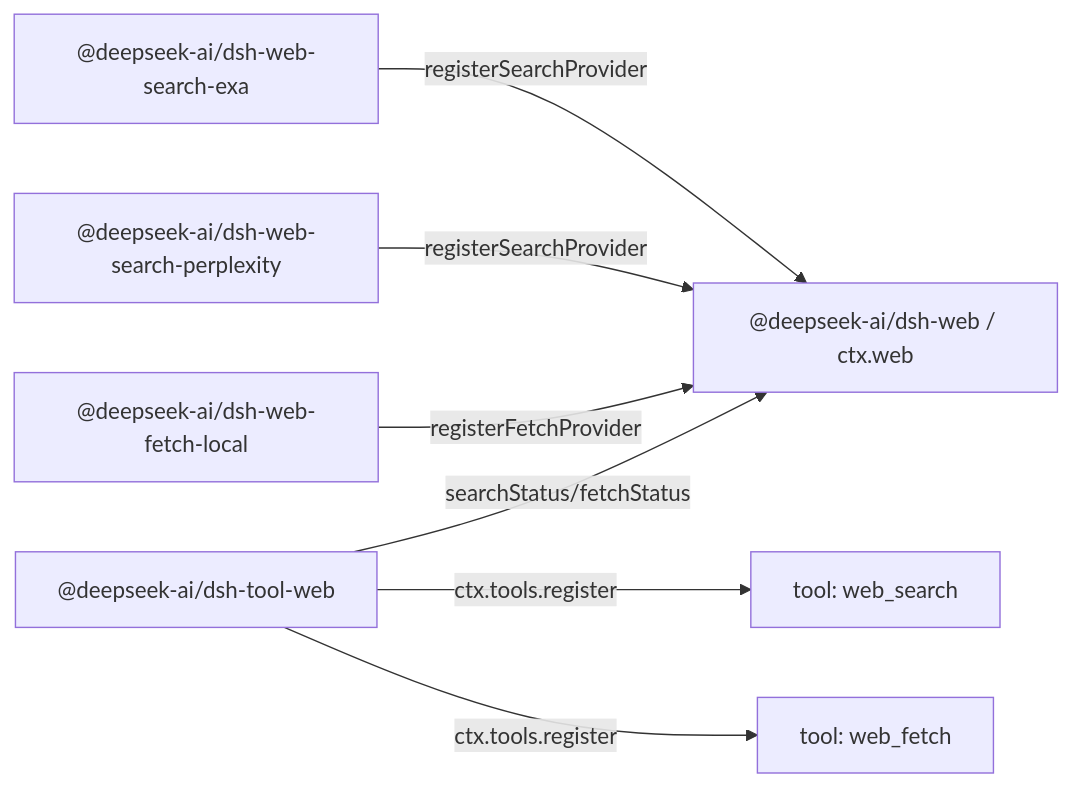
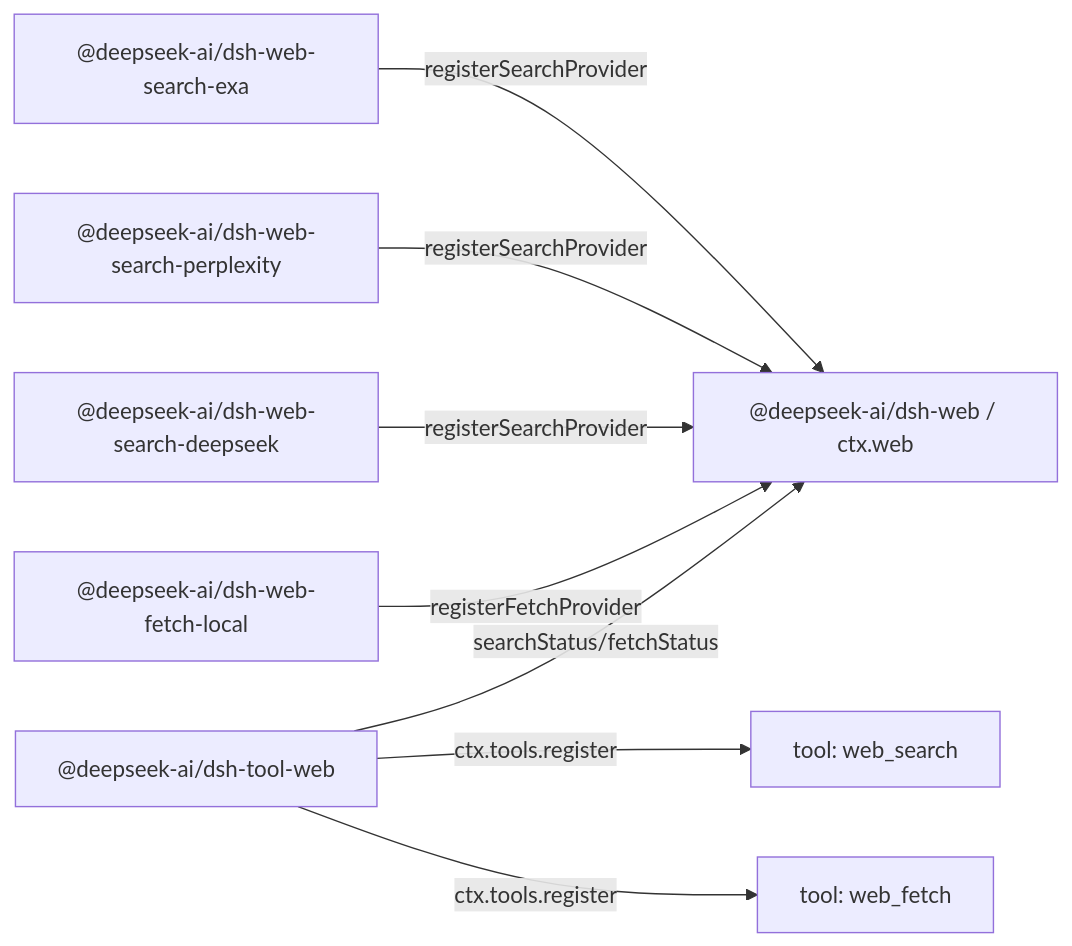
One commit to 007M7/DeepCode changed the diagram in docs/rfc/implemented/architecture/2026-06-24-web-capability-seam.md. Above: the diagram before and after it, drawn with Mermaid. The commit also changed other lines of this file and 8 other files, not shown here.

````diff
--- a/docs/rfc/implemented/architecture/2026-06-24-web-capability-seam.md
+++ b/docs/rfc/implemented/architecture/2026-06-24-web-capability-seam.md
@@ -55,9 +57,10 @@
 ```mermaid
 flowchart LR
   exa["@deepseek-ai/dsh-web-search-exa"] -->|registerSearchProvider| web["@deepseek-ai/dsh-web / ctx.web"]
   perplexity["@deepseek-ai/dsh-web-search-perplexity"] -->|registerSearchProvider| web
+  deepseek["@deepseek-ai/dsh-web-search-deepseek"] -->|registerSearchProvider| web
   fetchLocal["@deepseek-ai/dsh-web-fetch-local"] -->|registerFetchProvider| web
   toolWeb["@deepseek-ai/dsh-tool-web"] -->|searchStatus/fetchStatus| web
   toolWeb -->|ctx.tools.register| webSearch["tool: web_search"]
   toolWeb -->|ctx.tools.register| webFetch["tool: web_fetch"]
 ```
````
